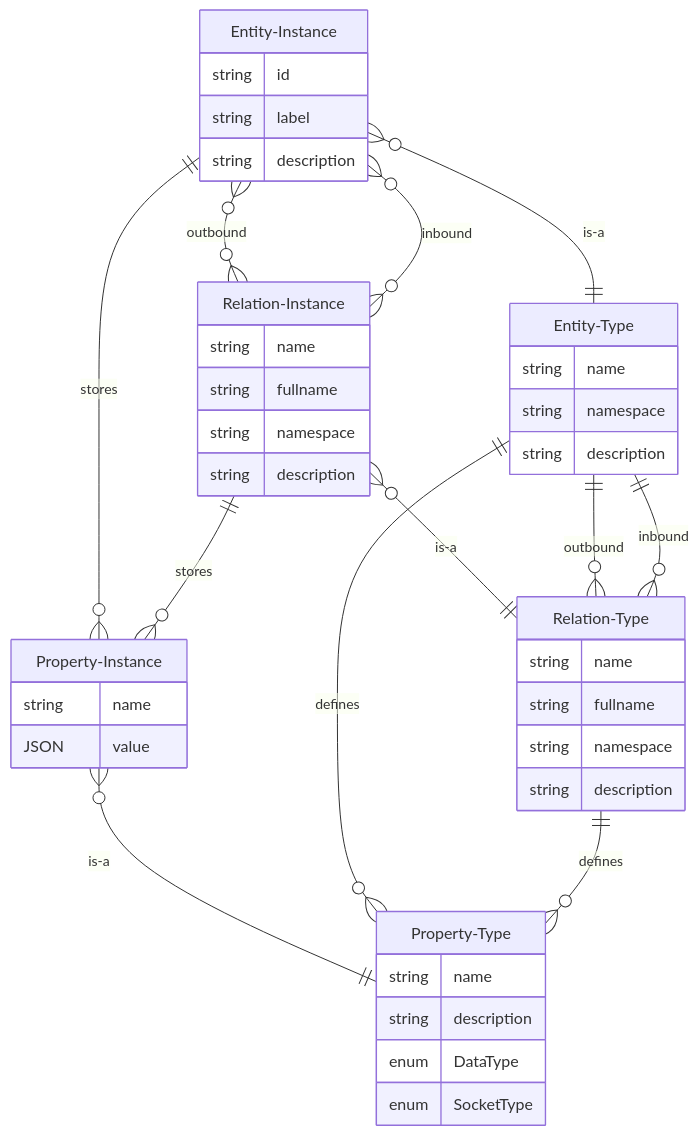
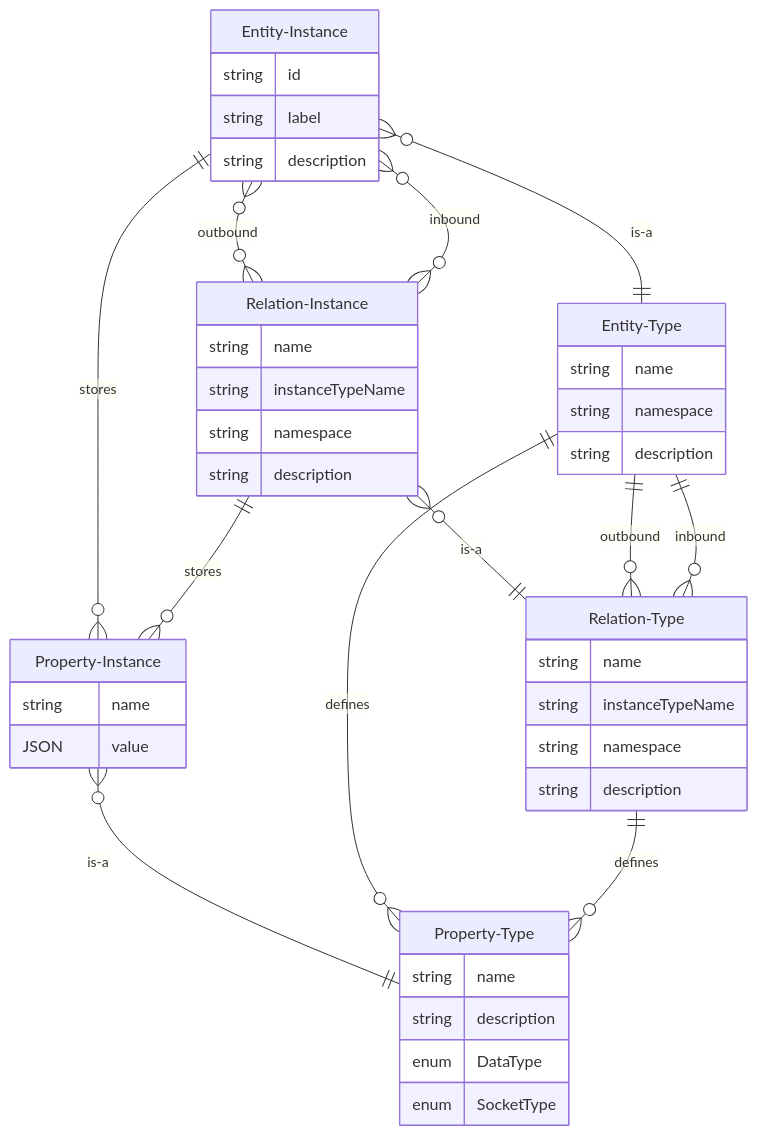
The second of 2 diagrams in docs/inexor-rgf/src/Model_Entity_Instance.md (reactive-graph/reactive-graph), drawn with Mermaid before and after one commit. The commit also changed 10 other files, not shown here.

Commit message:
Updated GraphQL examples

````diff
--- a/docs/inexor-rgf/src/Model_Entity_Instance.md
+++ b/docs/inexor-rgf/src/Model_Entity_Instance.md
@@ -85,46 +85,46 @@
 ```mermaid
 erDiagram
     Entity-Type {
         string name
         string namespace
         string description
     }
     Entity-Instance {
         string id
         string label
         string description
     }
     Relation-Type {
         string name
-        string fullname
+        string instanceTypeName
         string namespace
         string description
     }
     Relation-Instance {
         string name
-        string fullname
+        string instanceTypeName
         string namespace
         string description
     }
     Property-Type {
         string name
         string description
         enum DataType
         enum SocketType
     }
     Property-Instance {
         string name
         JSON value
     }
     Entity-Instance ||--}o Property-Instance : stores
     Entity-Instance o{--}o Relation-Instance : outbound
     Entity-Instance o{--}o Relation-Instance : inbound
     Relation-Instance ||--}o Property-Instance : stores
     Relation-Instance o{--|| Relation-Type : is-a
     Property-Instance o{--|| Property-Type : is-a
     Entity-Instance o{--|| Entity-Type : is-a
     Entity-Type ||--}o Property-Type : defines
     Relation-Type ||--}o Property-Type : defines
     Entity-Type ||--}o Relation-Type : outbound
     Entity-Type ||--}o Relation-Type : inbound
 ```
````
